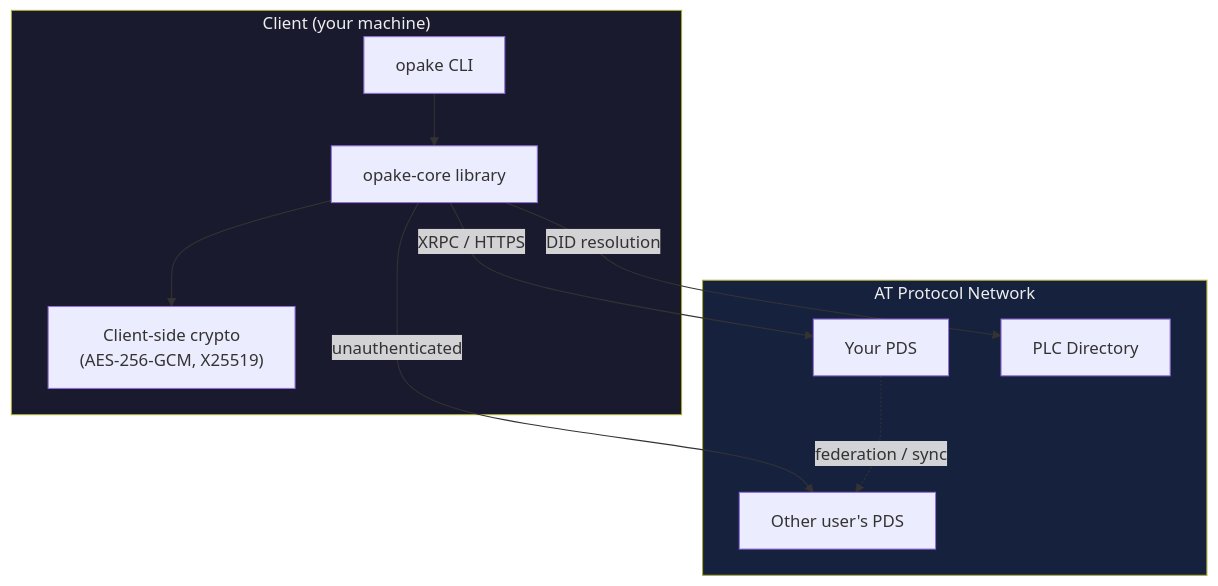
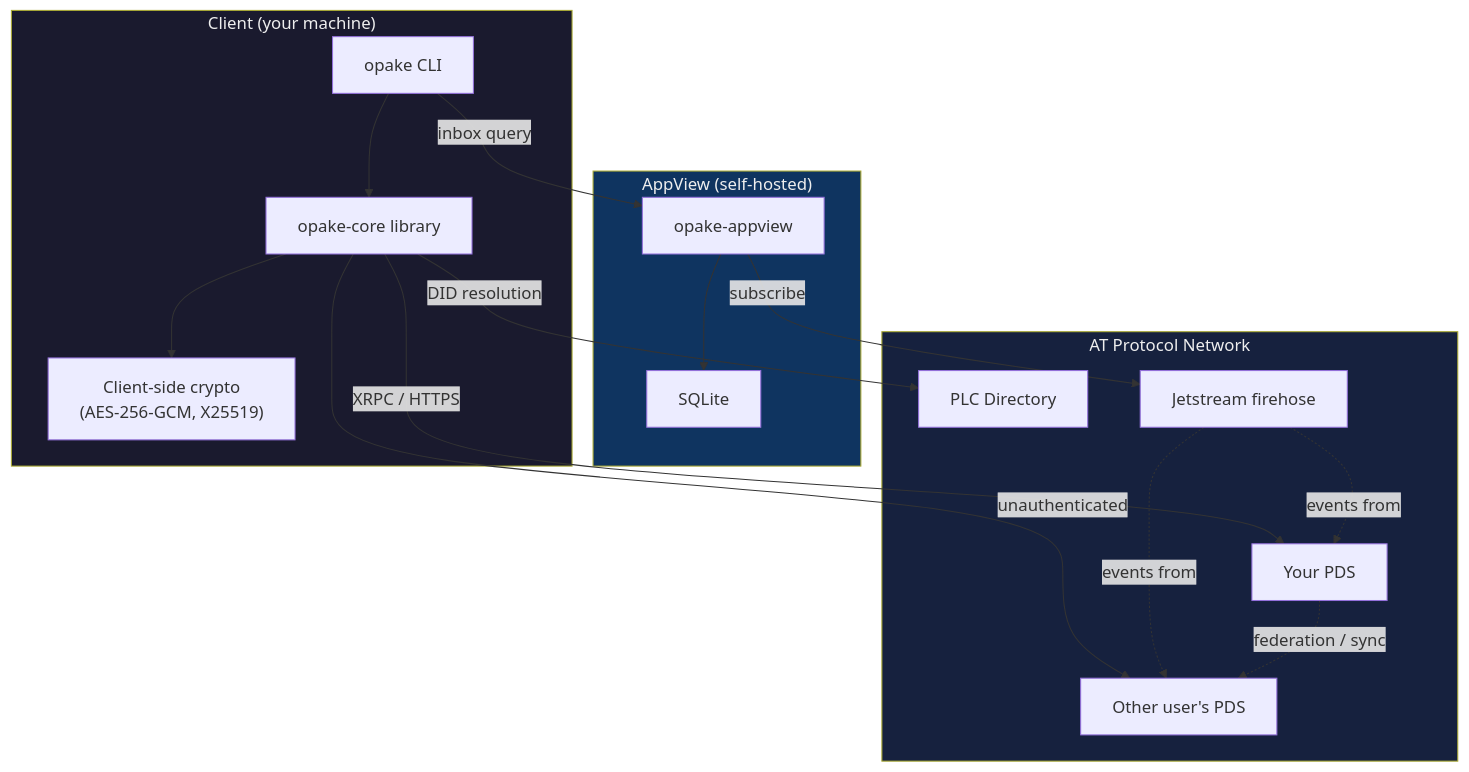
The first of 2 diagrams in docs/ARCHITECTURE.md (Sans-Self/Opake), drawn with Mermaid before and after one commit. The commit also changed other lines of this file and 6 other files, not shown here.

First line of the commit message:
Update docs for three-crate architecture

````diff
--- a/docs/ARCHITECTURE.md
+++ b/docs/ARCHITECTURE.md
@@ -5,25 +5,38 @@
 ```mermaid
 graph TB
     subgraph Client ["Client (your machine)"]
         CLI["opake CLI"]
         Core["opake-core library"]
         Crypto["Client-side crypto<br/>(AES-256-GCM, X25519)"]
     end
 
+    subgraph Server ["AppView (self-hosted)"]
+        AppView["opake-appview"]
+        SQLite["SQLite"]
+    end
+
     subgraph Network ["AT Protocol Network"]
         OwnPDS["Your PDS"]
         OtherPDS["Other user's PDS"]
         PLC["PLC Directory"]
+        Jetstream["Jetstream firehose"]
     end
 
     CLI --> Core
     Core --> Crypto
     Core -->|XRPC / HTTPS| OwnPDS
     Core -->|unauthenticated| OtherPDS
     Core -->|DID resolution| PLC
+    CLI -->|inbox query| AppView
+
+    AppView -->|subscribe| Jetstream
+    AppView --> SQLite
+    Jetstream -.->|events from| OwnPDS
+    Jetstream -.->|events from| OtherPDS
 
     OwnPDS -.->|federation / sync| OtherPDS
 
     style Client fill:#1a1a2e,color:#eee
+    style Server fill:#0f3460,color:#eee
     style Network fill:#16213e,color:#eee
 ```
````
